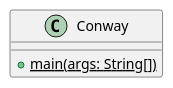
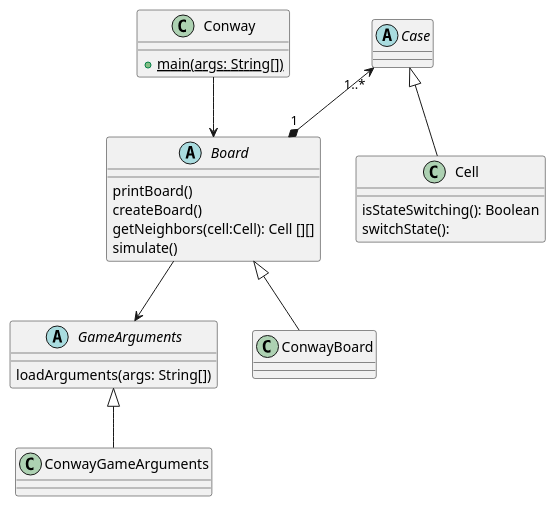
Before and after one commit to Sileye54/Conway-Game-of-Life: the diagram in _models/class_diagram.puml, drawn with PlantUML.

Commit message:
Ajoute diagramme de classe

```diff
--- a/_models/class_diagram.puml
+++ b/_models/class_diagram.puml
@@ -1,7 +1,41 @@
 @startuml
 
 class Conway {
 	+ {static} main(args: String[])
 }
 
+abstract Case{
+
+}
+abstract GameArguments{
+	loadArguments(args: String[])
+}
+
+abstract Board{
+	printBoard()
+	createBoard()
+	getNeighbors(cell:Cell): Cell [][]
+	simulate()
+}
+
+
+class Cell{
+	isStateSwitching(): Boolean
+	switchState(): 
+}
+
+class ConwayGameArguments{
+
+}
+
+class ConwayBoard{
+
+}
+Case <|-- Cell
+GameArguments <|-- ConwayGameArguments
+Board <|-- ConwayBoard
+Case"1..*"<--* "1" Board
+Board --> GameArguments
+Conway --> Board
+
 @enduml
```
